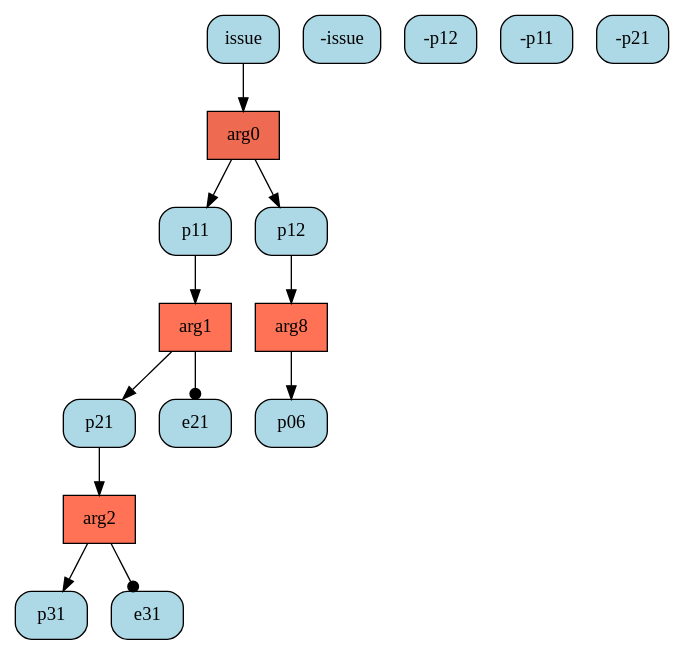
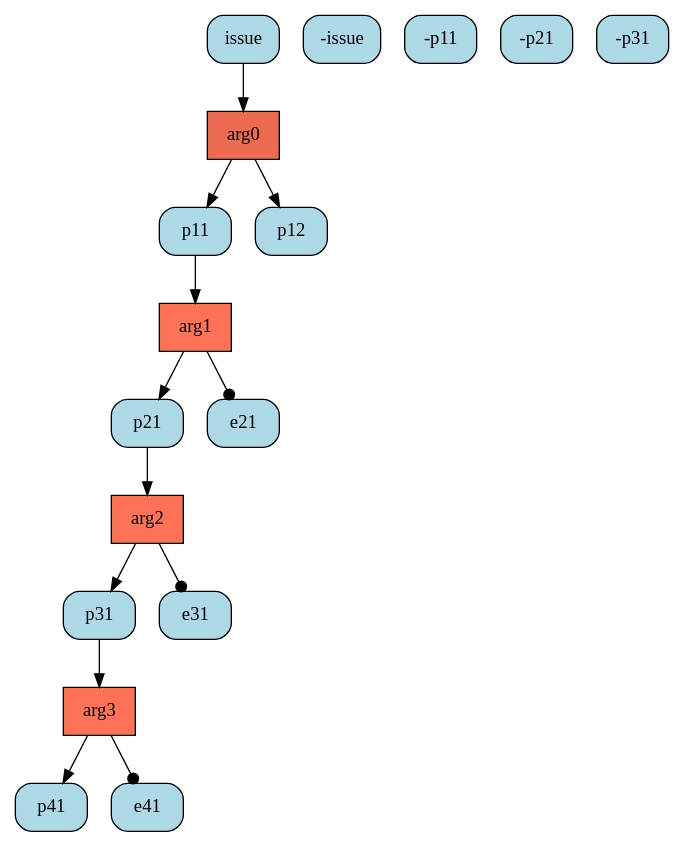
One commit to goweiting/carneades-ext changed the diagram in system/dot/deep1vs1/1_0-3.dot. Above: the diagram before and after it, drawn with Graphviz. The commit also changed 38 other files, not shown here.

```diff
--- a/system/dot/deep1vs1/1_0-3.dot
+++ b/system/dot/deep1vs1/1_0-3.dot
@@ -1,29 +1,31 @@
 digraph G{ 
 "arg0" [color="black", fillcolor="coral2",fixedsize=false, shape=box, style="filled"]; 
 "issue" [color="black", fillcolor="lightblue", fixedsize=false,  shape="box", style="rounded,filled"]; 
 "-issue" [color="black", fillcolor="lightblue", fixedsize=false,  shape="box", style="rounded,filled"]; 
 "p11" [color="black", fillcolor="lightblue", fixedsize=false,  shape="box", style="rounded,filled"]; 
 "p12" [color="black", fillcolor="lightblue", fixedsize=false,  shape="box", style="rounded,filled"]; 
-"arg8" [color="black", fillcolor="coral1",fixedsize=false, shape=box, style="filled"]; 
-"-p12" [color="black", fillcolor="lightblue", fixedsize=false,  shape="box", style="rounded,filled"]; 
-"p06" [color="black", fillcolor="lightblue", fixedsize=false,  shape="box", style="rounded,filled"]; 
 "arg1" [color="black", fillcolor="coral1",fixedsize=false, shape=box, style="filled"]; 
 "-p11" [color="black", fillcolor="lightblue", fixedsize=false,  shape="box", style="rounded,filled"]; 
 "p21" [color="black", fillcolor="lightblue", fixedsize=false,  shape="box", style="rounded,filled"]; 
 "e21" [color="black", fillcolor="lightblue", fixedsize=false,  shape="box", style="rounded,filled"]; 
 "arg2" [color="black", fillcolor="coral1",fixedsize=false, shape=box, style="filled"]; 
 "-p21" [color="black", fillcolor="lightblue", fixedsize=false,  shape="box", style="rounded,filled"]; 
 "p31" [color="black", fillcolor="lightblue", fixedsize=false,  shape="box", style="rounded,filled"]; 
 "e31" [color="black", fillcolor="lightblue", fixedsize=false,  shape="box", style="rounded,filled"]; 
+"arg3" [color="black", fillcolor="coral1",fixedsize=false, shape=box, style="filled"]; 
+"-p31" [color="black", fillcolor="lightblue", fixedsize=false,  shape="box", style="rounded,filled"]; 
+"p41" [color="black", fillcolor="lightblue", fixedsize=false,  shape="box", style="rounded,filled"]; 
+"e41" [color="black", fillcolor="lightblue", fixedsize=false,  shape="box", style="rounded,filled"]; 
 "issue" -> "arg0" ; 
 "arg0" -> "p11" ; 
 "arg0" -> "p12" ; 
-"p12" -> "arg8" ; 
-"arg8" -> "p06" ; 
 "p11" -> "arg1" ; 
 "arg1" -> "p21" ; 
 "arg1" -> "e21" [arrowhead=dot] ; 
 "p21" -> "arg2" ; 
 "arg2" -> "p31" ; 
 "arg2" -> "e31" [arrowhead=dot] ; 
+"p31" -> "arg3" ; 
+"arg3" -> "p41" ; 
+"arg3" -> "e41" [arrowhead=dot] ; 
 }
```
